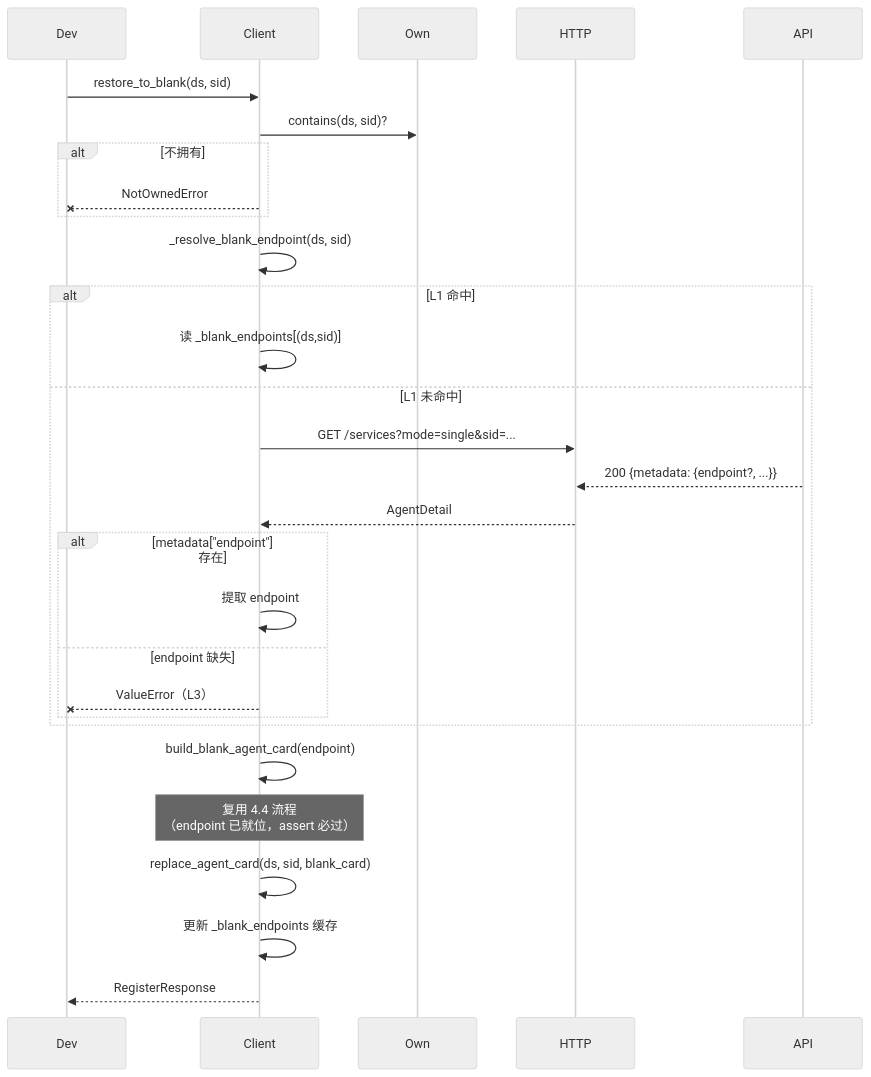
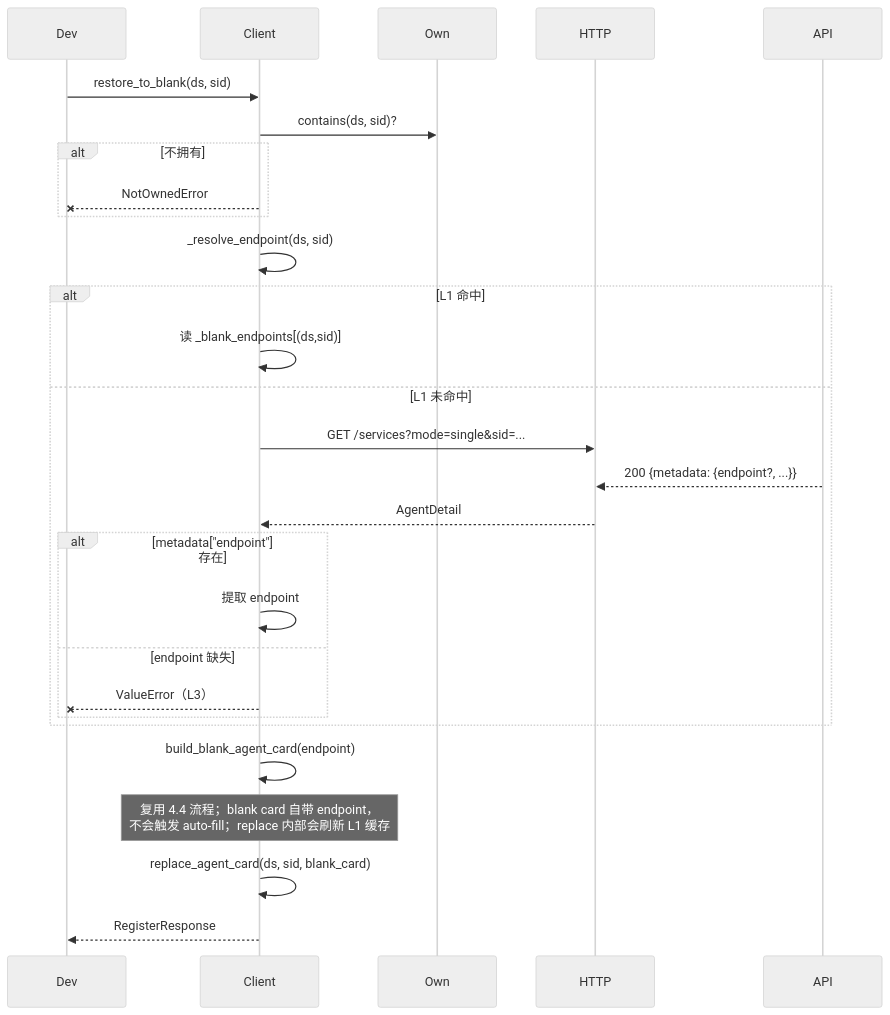
Before and after one commit to Weizheng96/A2X-registry: the fifth of 6 diagrams in docs/client_design.md, drawn with Mermaid (neutral theme). The commit also changed other lines of this file and 6 other files, not shown here.

First line of the commit message:
feat: list_idle_blank_agents default n=1 + replace_agent_card endpoint auto-fill

````diff
--- a/docs/client_design.md
+++ b/docs/client_design.md
@@ -552,32 +573,31 @@
 ```mermaid
 sequenceDiagram
     participant Dev
     participant Client
     participant Own
     participant HTTP
     participant API
 
     Dev->>Client: restore_to_blank(ds, sid)
     Client->>Own: contains(ds, sid)?
     alt 不拥有
         Client--xDev: NotOwnedError
     end
-    Client->>Client: _resolve_blank_endpoint(ds, sid)
+    Client->>Client: _resolve_endpoint(ds, sid)
     alt L1 命中
         Client->>Client: 读 _blank_endpoints[(ds,sid)]
     else L1 未命中
         Client->>HTTP: GET /services?mode=single&sid=...
         API-->>HTTP: 200 {metadata: {endpoint?, ...}}
         HTTP-->>Client: AgentDetail
         alt metadata["endpoint"] 存在
             Client->>Client: 提取 endpoint
         else endpoint 缺失
             Client--xDev: ValueError（L3）
         end
     end
     Client->>Client: build_blank_agent_card(endpoint)
-    Note over Client: 复用 4.4 流程<br/>（endpoint 已就位，assert 必过）
+    Note over Client: 复用 4.4 流程；blank card 自带 endpoint，<br/>不会触发 auto-fill；replace 内部会刷新 L1 缓存
     Client->>Client: replace_agent_card(ds, sid, blank_card)
-    Client->>Client: 更新 _blank_endpoints 缓存
     Client-->>Dev: RegisterResponse
 ```
````
